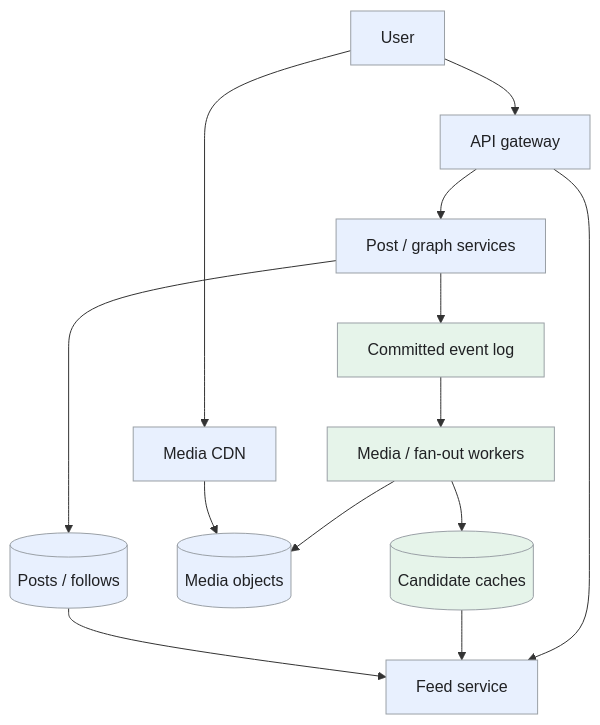
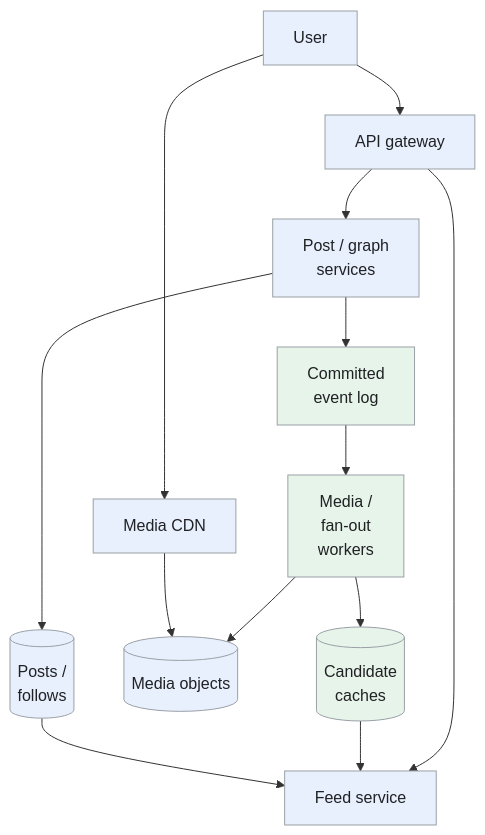
One commit to iliazlobin/iliazlobin.github.io changed the first of 4 diagrams in _designs/system-design-instagram.md. Above: the diagram before and after it, drawn with Mermaid. The commit also changed other lines of this file and 116 other files, not shown here.

````diff
--- a/_designs/system-design-instagram.md
+++ b/_designs/system-design-instagram.md
@@ -140,20 +140,20 @@
 ```mermaid
 flowchart TB
   U[User] --> API[API gateway]
-  API --> P[Post / graph services]
-  P --> DB[(Posts / follows)]
-  P --> Q[Committed event log]
-  Q --> W[Media / fan-out workers]
+  API --> P["Post / graph<br>services"]
+  P --> DB[("Posts /<br>follows")]
+  P --> Q["Committed<br>event log"]
+  Q --> W["Media /<br>fan-out<br>workers"]
   W --> O[(Media objects)]
-  W --> C[(Candidate caches)]
+  W --> C[("Candidate<br>caches")]
   API --> F[Feed service]
   C --> F
   DB --> F
   U --> D[Media CDN]
   D --> O
   classDef request fill:#e8f0fe,stroke:#9aa0a6,color:#202124,stroke-width:1px
   classDef background fill:#e6f4ea,stroke:#9aa0a6,color:#202124,stroke-width:1px
   classDef control fill:#fef7e0,stroke:#9aa0a6,color:#202124,stroke-width:1px
   class U,API,P,DB,O,F,D request
   class Q,W,C background
 ```
````
